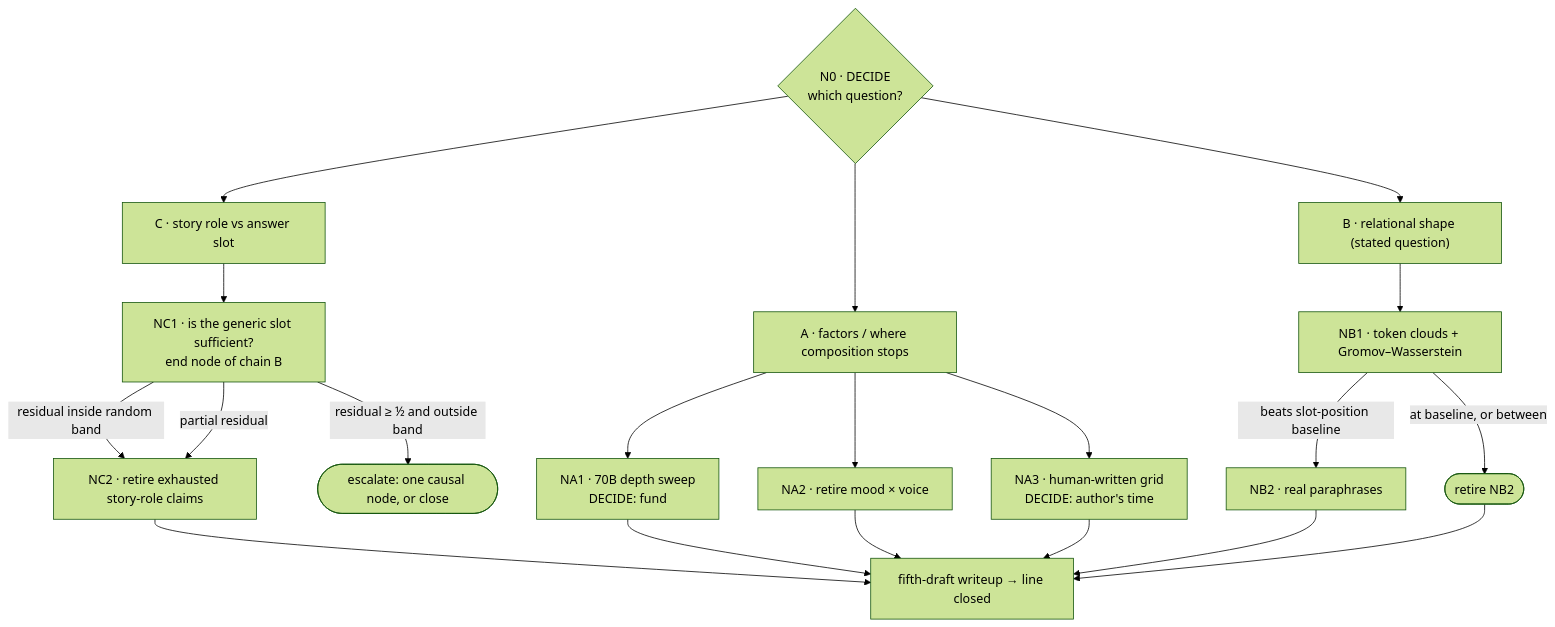
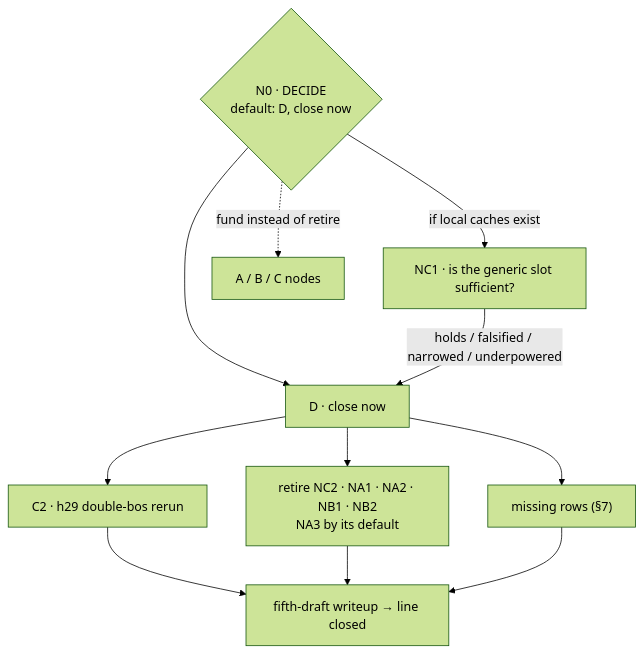
One commit to bombadil-labs/model-research changed the first of 2 diagrams in docs/PROGRAM_v2.md. Above: the diagram before and after it, drawn with Mermaid (forest theme). The commit also changed other lines of this file and 7 other files, not shown here.

````diff
--- a/docs/PROGRAM_v2.md
+++ b/docs/PROGRAM_v2.md
@@ -167,23 +240,14 @@
 ```mermaid
 flowchart TD
-  N0{"N0 · DECIDE<br/>which question?"}
-  N0 --> C["C · story role vs answer slot"]
-  N0 --> A["A · factors / where composition stops"]
-  N0 --> B["B · relational shape (stated question)"]
-  C --> NC1["NC1 · is the generic slot sufficient?<br/>end node of chain B"]
-  NC1 -->|"residual inside random band"| NC2["NC2 · retire exhausted story-role claims"]
-  NC1 -->|"partial residual"| NC2
-  NC1 -->|"residual ≥ ½ and outside band"| E1(["escalate: one causal node, or close"])
-  A --> NA1["NA1 · 70B depth sweep<br/>DECIDE: fund"]
-  A --> NA2["NA2 · retire mood × voice"]
-  A --> NA3["NA3 · human-written grid<br/>DECIDE: author's time"]
-  B --> NB1["NB1 · token clouds + Gromov–Wasserstein"]
-  NB1 -->|"beats slot-position baseline"| NB2["NB2 · real paraphrases"]
-  NB1 -->|"at baseline, or between"| X1(["retire NB2"])
-  NC2 --> W["fifth-draft writeup → line closed"]
-  NA1 --> W
-  NA2 --> W
-  NA3 --> W
-  NB2 --> W
-  X1 --> W
+  N0{"N0 · DECIDE<br/>default: D, close now"}
+  N0 --> D["D · close now"]
+  N0 -->|"if local caches exist"| NC1["NC1 · is the generic slot sufficient?"]
+  N0 -.->|"fund instead of retire"| AB["A / B / C nodes"]
+  NC1 -->|"holds / falsified / narrowed / underpowered"| D
+  D --> C2["C2 · h29 double-bos rerun"]
+  D --> RET["retire NC2 · NA1 · NA2 · NB1 · NB2<br/>NA3 by its default"]
+  D --> ROWS["missing rows (§7)"]
+  C2 --> W["fifth-draft writeup → line closed"]
+  RET --> W
+  ROWS --> W
 ```
````
